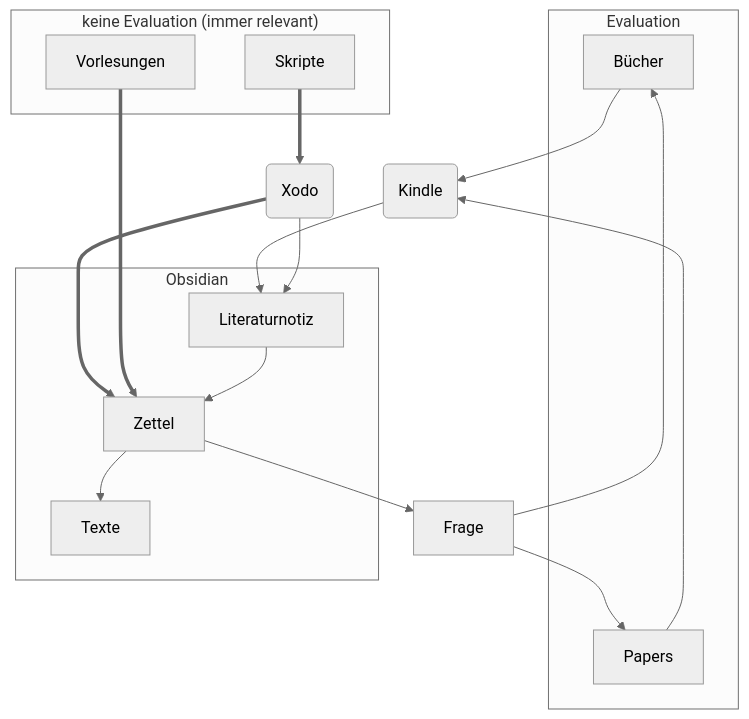
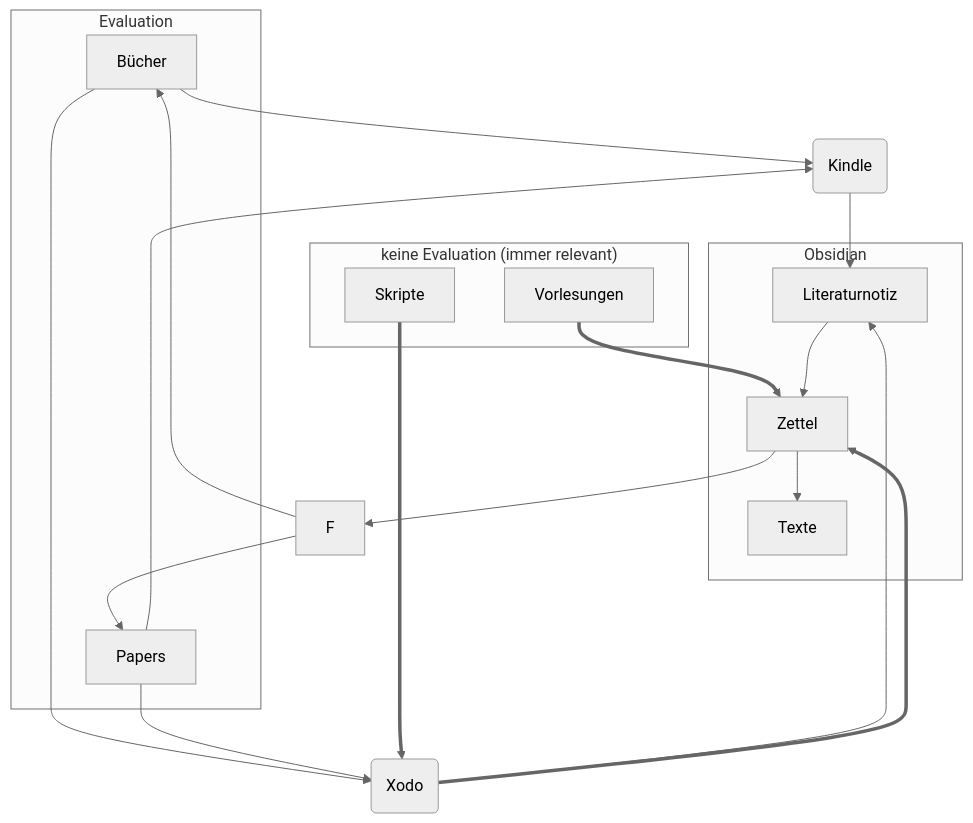
Before and after one commit to julianstoerig/zettelkasten: the diagram in §Informationsverarbeitung.md, drawn with Mermaid (neutral theme). The commit also changed 1 other file, not shown here.

Commit message:
automatic version-control: 2021-01-14 23:59:19

````diff
--- a/§Informationsverarbeitung.md
+++ b/§Informationsverarbeitung.md
@@ -5,41 +5,41 @@
 ```mermaid
 graph TB;
 
 B[Bücher]
 S[Skripte]
 V[Vorlesungen]
 P[Papers]
 
 K(Kindle)
 X(Xodo)
 
 L[Literaturnotiz]
 Z[Zettel]
 T[Texte]
 
 subgraph Evaluation
 	B
 	P
 end
 
 subgraph "keine Evaluation (immer relevant)"
 	S
 	V
 end
 
-B & P --> K 
+B & P --> K & X
 S ==> X
 
 K
 X
 
 K & X --> L
 X & V ==> Z
 
 subgraph Obsidian	
 	L --> Z
 	Z --> T
 end
-Z --> F[Frage]
+Z --> F
 F --> B & P
 ```
````
